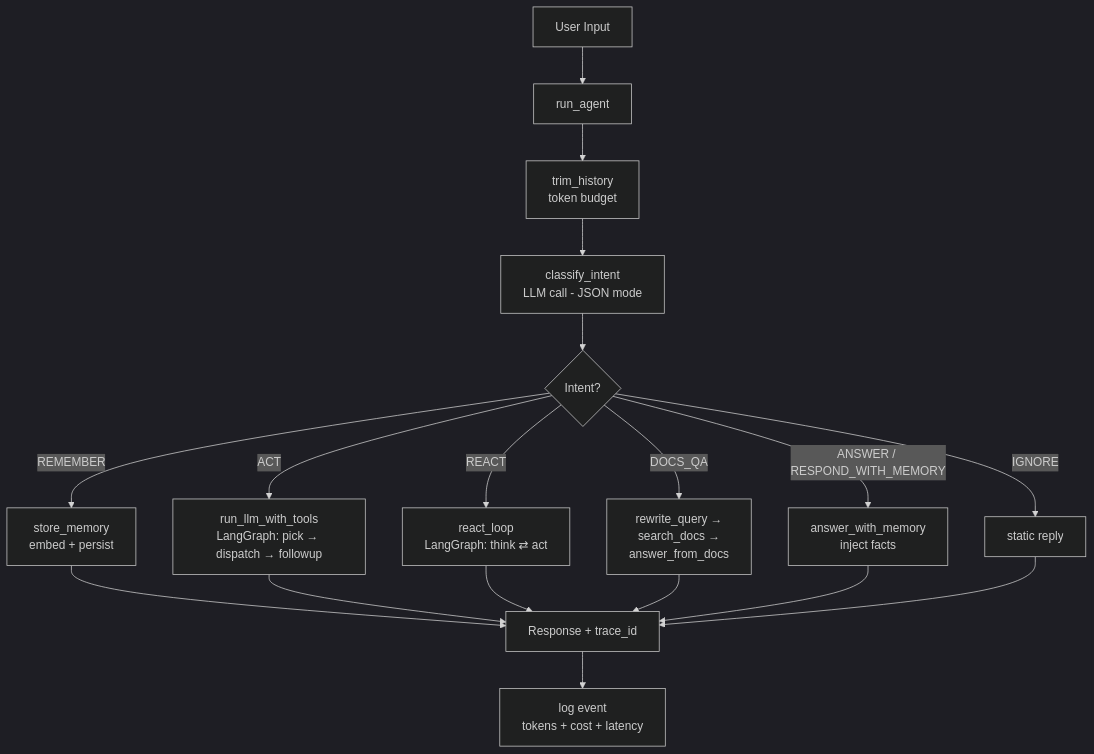
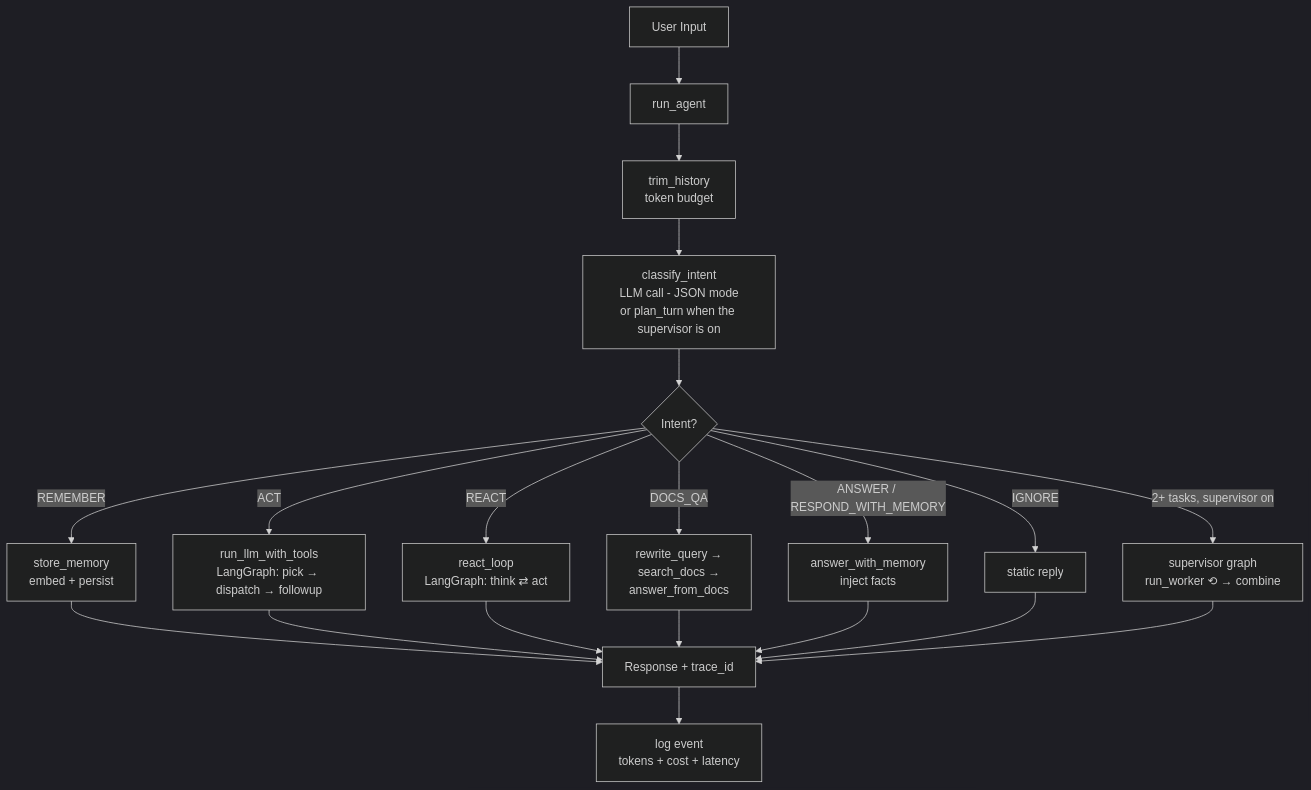
The diagram in README.md (sk-20231/agentforge), drawn with Mermaid (dark theme) before and after one commit. The commit also changed other lines of this file, not shown here.

First line of the commit message:
docs(readme): add the supervisor decision — measured, and left off by default (#75)

````diff
--- a/README.md
+++ b/README.md
@@ -47,20 +48,22 @@
 ```mermaid
 flowchart TD
     A[User Input] --> B[run_agent]
     B --> C[trim_history<br/>token budget]
-    C --> D[classify_intent<br/>LLM call - JSON mode]
+    C --> D[classify_intent<br/>LLM call - JSON mode<br/>or plan_turn when the supervisor is on]
     D --> E{Intent?}
+    E -->|2+ tasks, supervisor on| S[supervisor graph<br/>run_worker ⟲ → combine]
     E -->|REMEMBER| F[store_memory<br/>embed + persist]
     E -->|ACT| G[run_llm_with_tools<br/>LangGraph: pick → dispatch → followup]
     E -->|REACT| H[react_loop<br/>LangGraph: think ⇄ act]
     E -->|DOCS_QA| I[rewrite_query →<br/>search_docs →<br/>answer_from_docs]
     E -->|ANSWER / RESPOND_WITH_MEMORY| J[answer_with_memory<br/>inject facts]
     E -->|IGNORE| K[static reply]
     F --> L[Response + trace_id]
     G --> L
     H --> L
     I --> L
     J --> L
     K --> L
+    S --> L
     L --> M[log event<br/>tokens + cost + latency]
 ```
````
